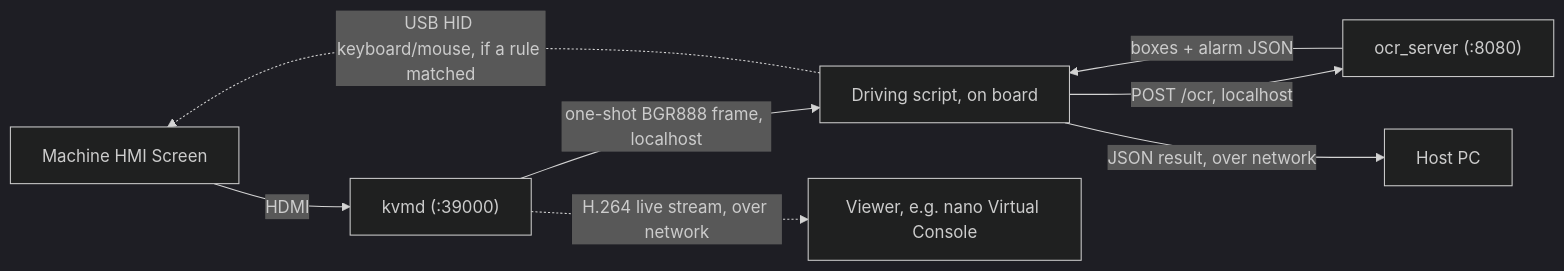
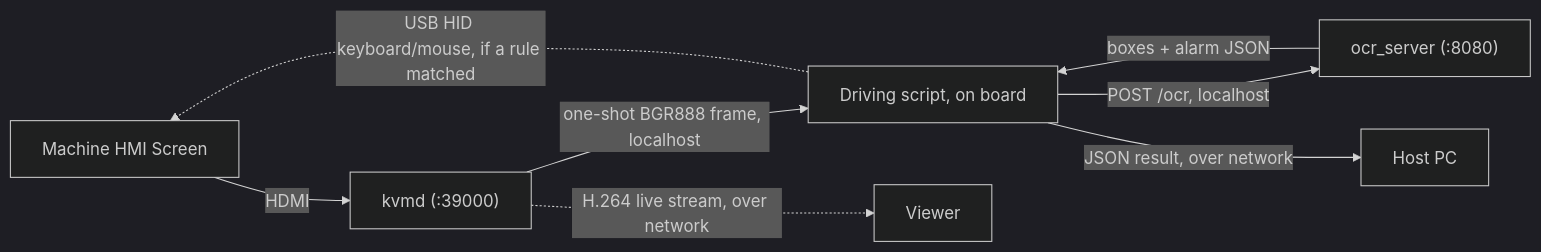
The diagram in README.md (damiangohrh123/TPSLibPPOcr), drawn with Mermaid (dark theme) before and after one commit. The commit also changed other lines of this file, not shown here.

````diff
--- a/README.md
+++ b/README.md
@@ -29,10 +29,10 @@
 ```mermaid
 flowchart LR
     M[Machine HMI Screen] -- HDMI --> K["kvmd  (:39000)"]
     K -- "one-shot BGR888 frame, localhost" --> D[Driving script, on board]
     D -- "POST /ocr, localhost" --> O["ocr_server  (:8080)"]
     O -- "boxes + alarm JSON" --> D
     D -- "JSON result, over network" --> H[Host PC]
-    K -. "H.264 live stream, over network" .-> V[Viewer, e.g. nano Virtual Console]
+    K -. "H.264 live stream, over network" .-> V[Viewer]
     D -. "USB HID keyboard/mouse, if a rule matched" .-> M
 ```
````
